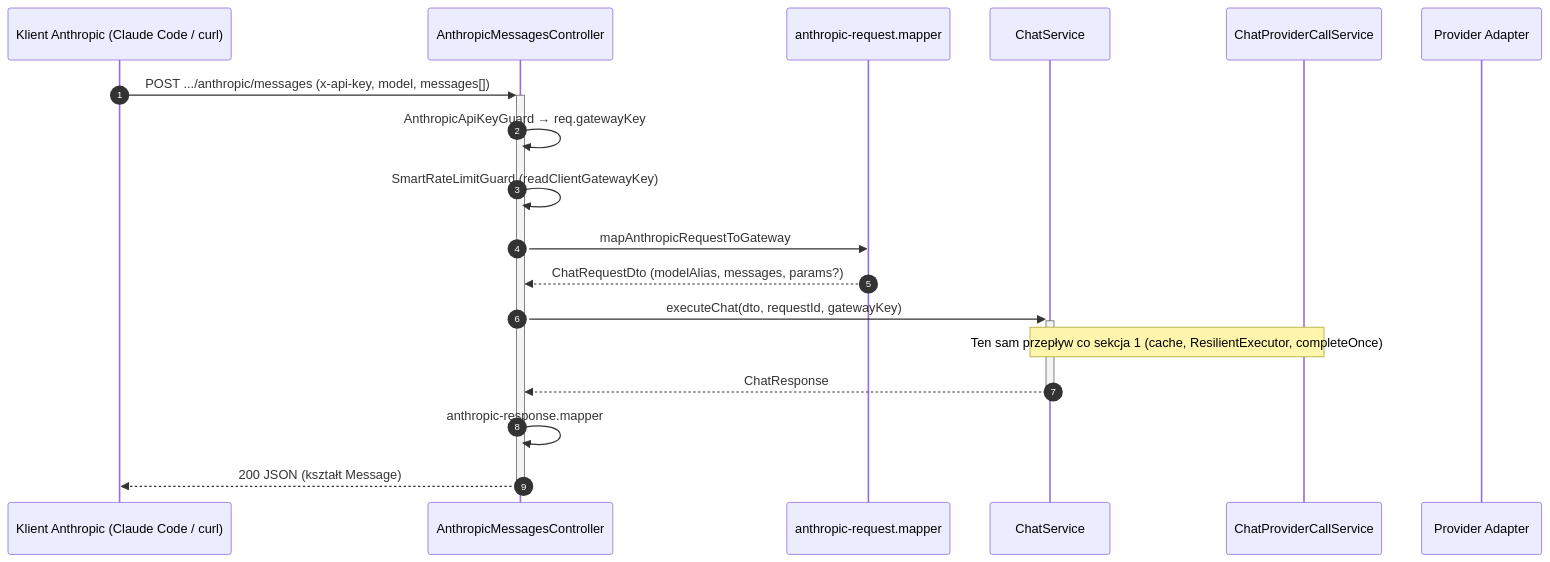
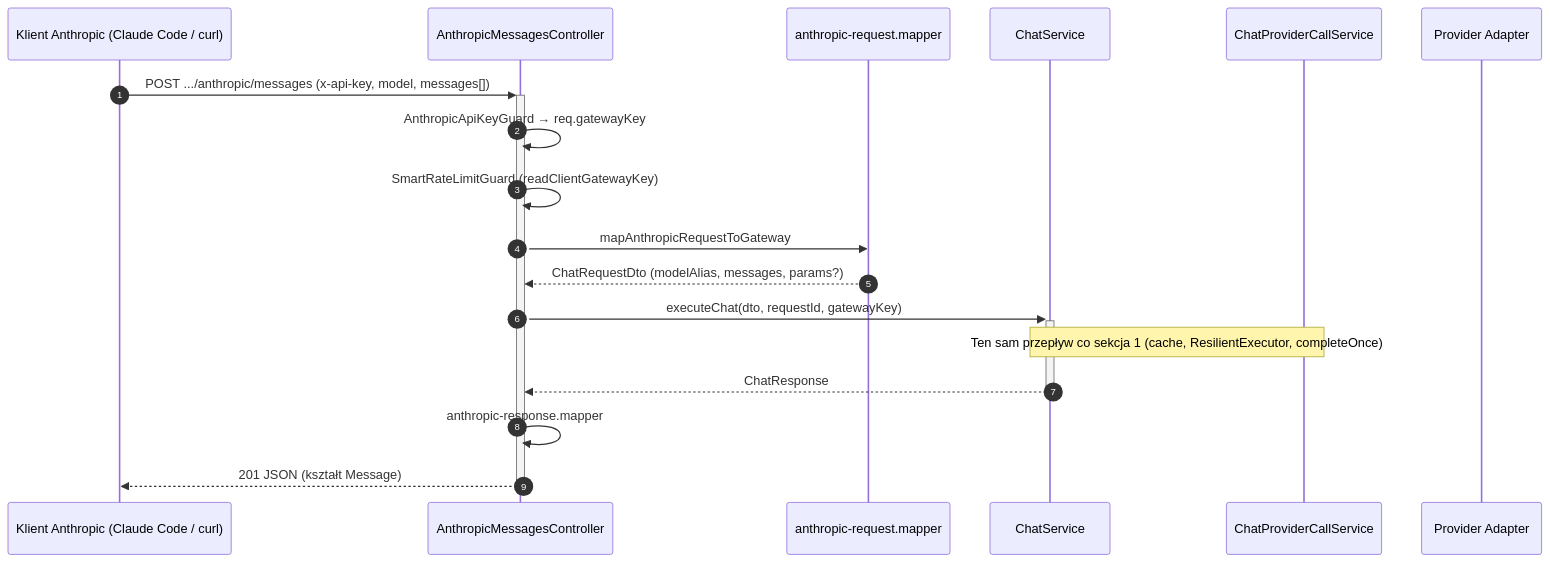
One commit to matej2314/ai-provider-gateway changed the sixth of 6 diagrams in docs/data_flow.md. Above: the diagram before and after it, drawn with Mermaid. The commit also changed other lines of this file and 16 other files, not shown here.

````diff
--- a/docs/data_flow.md
+++ b/docs/data_flow.md
@@ -198,21 +198,21 @@
 ```mermaid
 sequenceDiagram
   autonumber
   participant K as Klient Anthropic (Claude Code / curl)
   participant F as AnthropicMessagesController
   participant M as anthropic-request.mapper
   participant S as ChatService
   participant PC as ChatProviderCallService
   participant P as Provider Adapter
 
   K->>+F: POST .../anthropic/messages (x-api-key, model, messages[])
   F->>F: AnthropicApiKeyGuard → req.gatewayKey
   F->>F: SmartRateLimitGuard (readClientGatewayKey)
   F->>M: mapAnthropicRequestToGateway
   M-->>F: ChatRequestDto (modelAlias, messages, params?)
   F->>+S: executeChat(dto, requestId, gatewayKey)
   Note over S,PC: Ten sam przepływ co sekcja 1 (cache, ResilientExecutor, completeOnce)
   S-->>-F: ChatResponse
   F->>F: anthropic-response.mapper
-  F-->>-K: 200 JSON (kształt Message)
+  F-->>-K: 201 JSON (kształt Message)
 ```
````
